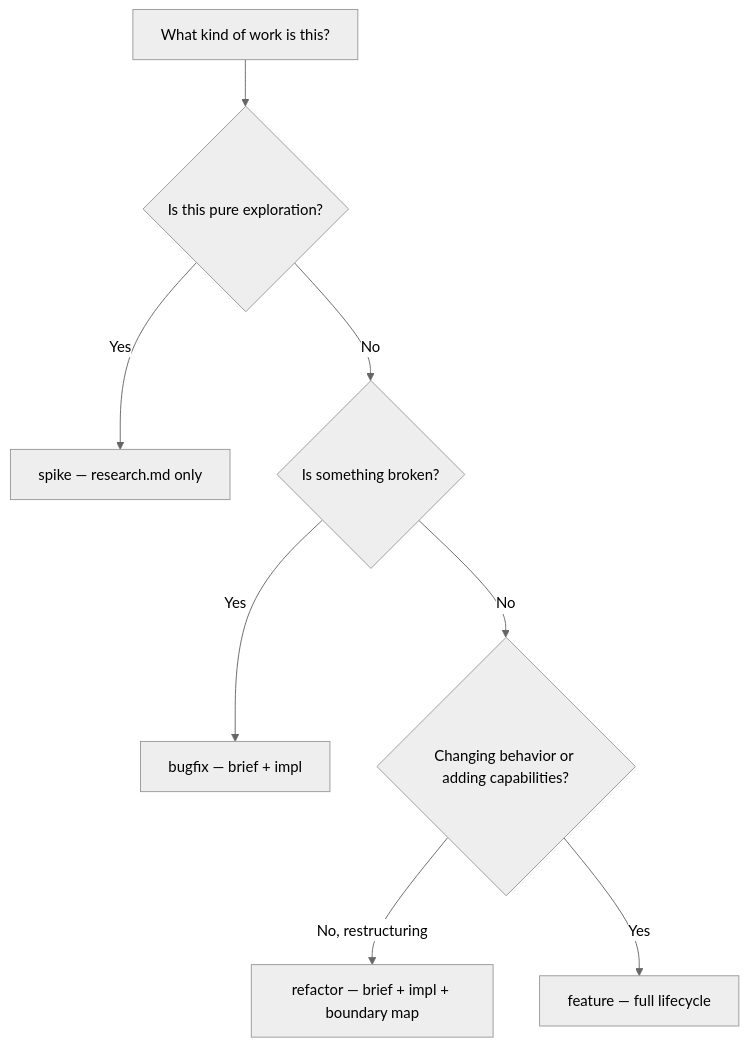
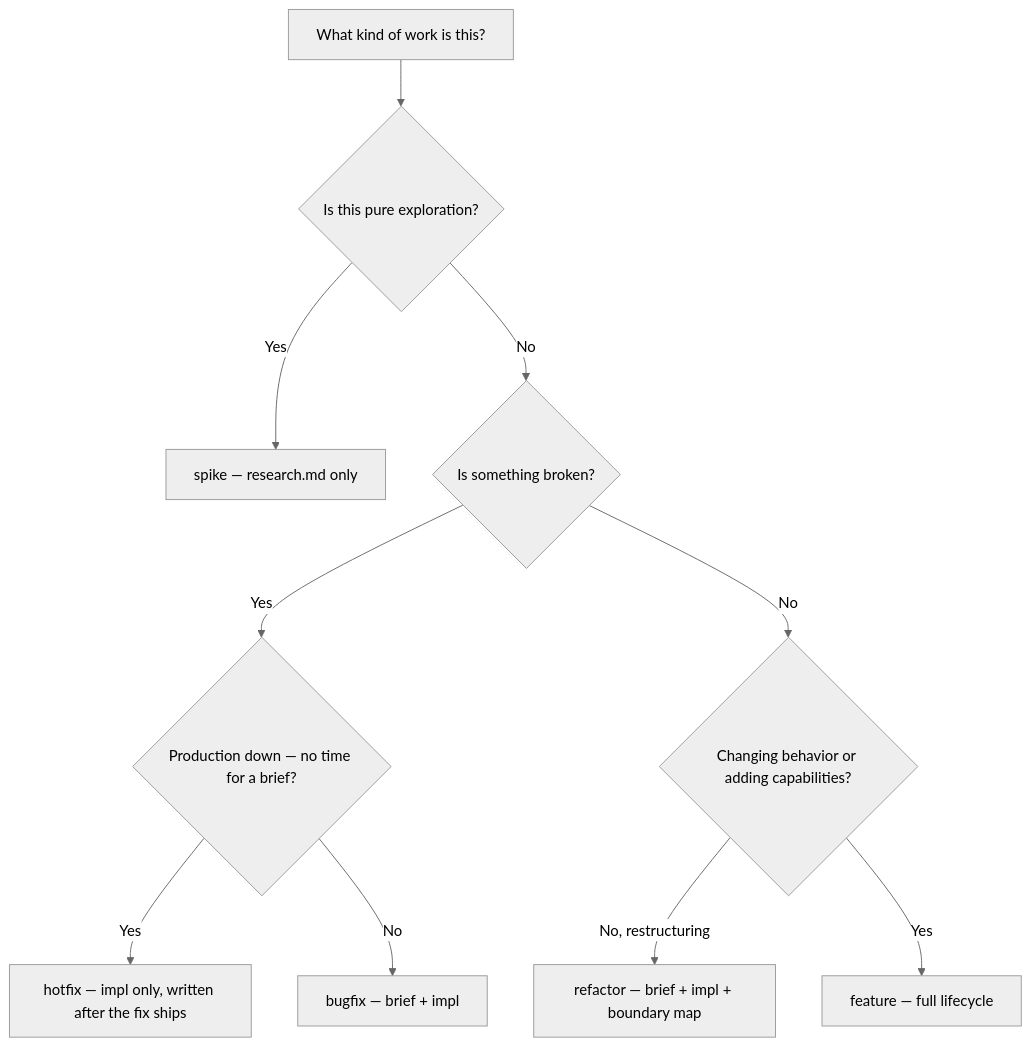
The second of 2 diagrams in apps/docs/src/reference/skills/plan.md (infinitedusky/indusk), drawn with Mermaid (neutral theme) before and after one commit. The commit also changed other lines of this file and 5 other files, not shown here.

````diff
--- a/apps/docs/src/reference/skills/plan.md
+++ b/apps/docs/src/reference/skills/plan.md
@@ -74,10 +75,12 @@
 ```mermaid
 flowchart TD
     Start["What kind of work is this?"] --> Q1{"Is this pure exploration?"}
     Q1 -->|Yes| Spike["spike — research.md only"]
     Q1 -->|No| Q2{"Is something broken?"}
-    Q2 -->|Yes| Bugfix["bugfix — brief + impl"]
+    Q2 -->|Yes| Q2b{"Production down — no time for a brief?"}
+    Q2b -->|Yes| Hotfix["hotfix — impl only, written after the fix ships"]
+    Q2b -->|No| Bugfix["bugfix — brief + impl"]
     Q2 -->|No| Q3{"Changing behavior or adding capabilities?"}
     Q3 -->|No, restructuring| Refactor["refactor — brief + impl + boundary map"]
     Q3 -->|Yes| Feature["feature — full lifecycle"]
 ```
````
